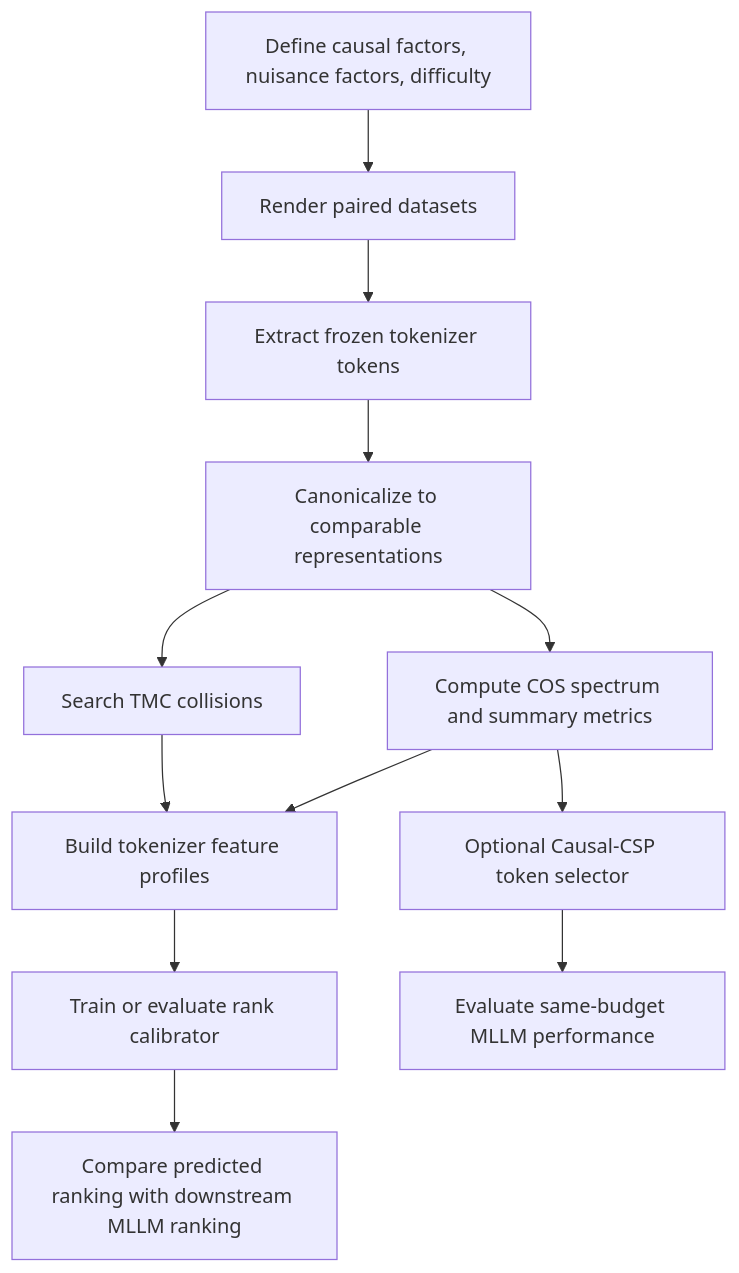
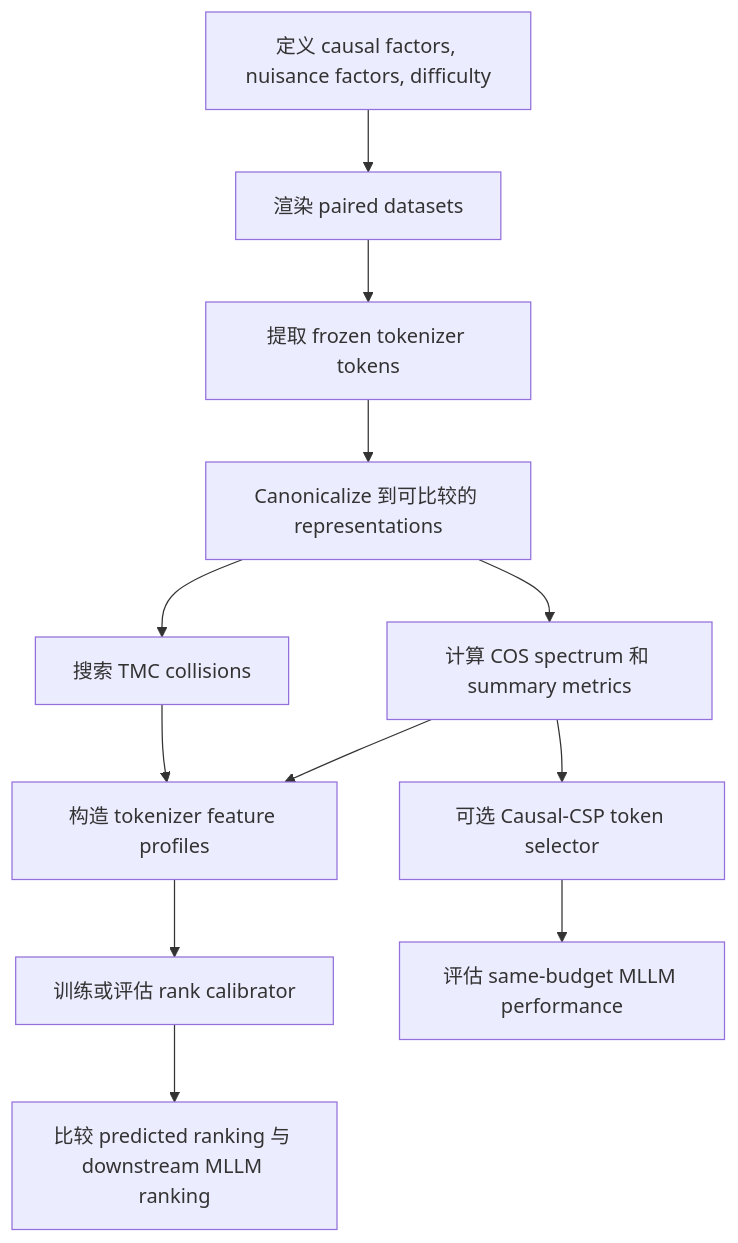
The diagram in CE_BREAK_MAINLINE.md (kiangyeeo/VTBenchLab), drawn with Mermaid before and after one commit. The commit also changed other lines of this file, not shown here.

````diff
--- a/CE_BREAK_MAINLINE.md
+++ b/CE_BREAK_MAINLINE.md
@@ -320,14 +320,14 @@
 ```mermaid
 flowchart TD
-  A[Define causal factors, nuisance factors, difficulty] --> B[Render paired datasets]
-  B --> C[Extract frozen tokenizer tokens]
-  C --> D[Canonicalize to comparable representations]
-  D --> E[Compute COS spectrum and summary metrics]
-  D --> F[Search TMC collisions]
-  E --> G[Build tokenizer feature profiles]
+  A[定义 causal factors, nuisance factors, difficulty] --> B[渲染 paired datasets]
+  B --> C[提取 frozen tokenizer tokens]
+  C --> D[Canonicalize 到可比较的 representations]
+  D --> E[计算 COS spectrum 和 summary metrics]
+  D --> F[搜索 TMC collisions]
+  E --> G[构造 tokenizer feature profiles]
   F --> G
-  G --> H[Train or evaluate rank calibrator]
-  H --> I[Compare predicted ranking with downstream MLLM ranking]
-  E --> J[Optional Causal-CSP token selector]
-  J --> K[Evaluate same-budget MLLM performance]
+  G --> H[训练或评估 rank calibrator]
+  H --> I[比较 predicted ranking 与 downstream MLLM ranking]
+  E --> J[可选 Causal-CSP token selector]
+  J --> K[评估 same-budget MLLM performance]
 ```
````
